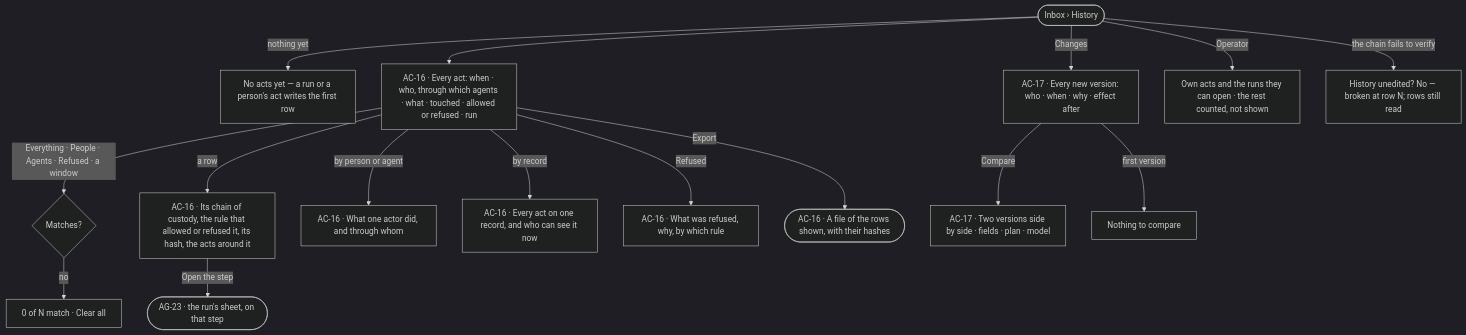
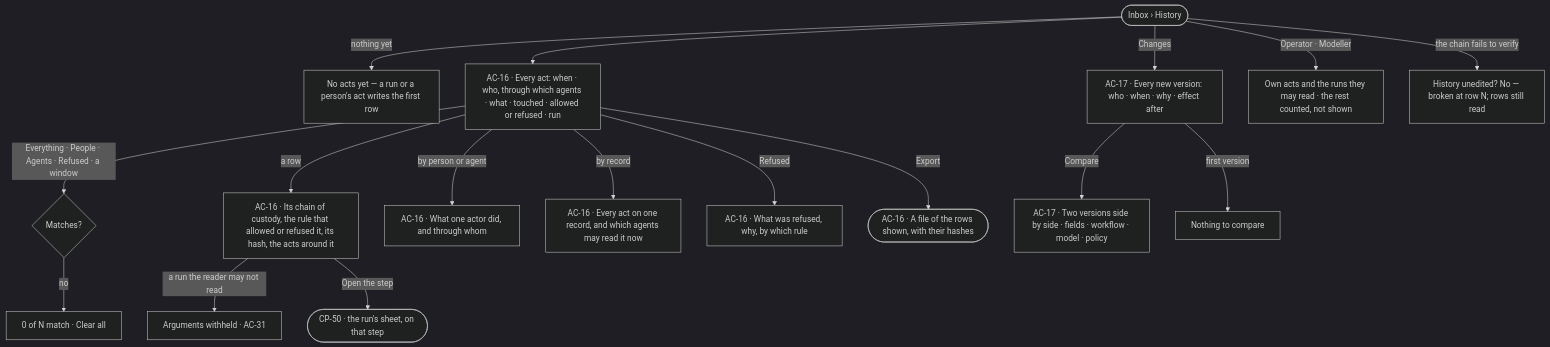
Before and after one commit to invana/invana: the first of 2 diagrams in specs/os/access/features/AC-F06-history/feature.md, drawn with Mermaid (dark theme). The commit also changed other lines of this file and 522 other files, not shown here.

````diff
--- a/specs/os/access/features/AC-F06-history/feature.md
+++ b/specs/os/access/features/AC-F06-history/feature.md
@@ -23,18 +26,19 @@
 ```mermaid
 flowchart TD
   s([Inbox › History]) -->|nothing yet| e["No acts yet — a run or a person's act writes the first row"]
   s --> rows["AC-16 · Every act: when · who, through which agents · what · touched · allowed or refused · run"]
   rows -->|Everything · People · Agents · Refused · a window| f{"Matches?"}
   f -->|no| z["0 of N match · Clear all"]
   rows -->|a row| d["AC-16 · Its chain of custody, the rule that allowed or refused it, its hash, the acts around it"]
-  d -->|Open the step| run(["AG-23 · the run's sheet, on that step"])
+  d -->|a run the reader may not read| wh["Arguments withheld · AC-31"]
+  d -->|Open the step| run(["CP-50 · the run's sheet, on that step"])
   rows -->|by person or agent| ba["AC-16 · What one actor did, and through whom"]
-  rows -->|by record| br["AC-16 · Every act on one record, and who can see it now"]
+  rows -->|by record| br["AC-16 · Every act on one record, and which agents may read it now"]
   rows -->|Refused| rf["AC-16 · What was refused, why, by which rule"]
   rows -->|Export| ex(["AC-16 · A file of the rows shown, with their hashes"])
   s -->|Changes| ch["AC-17 · Every new version: who · when · why · effect after"]
-  ch -->|Compare| cmp["AC-17 · Two versions side by side · fields · plan · model"]
+  ch -->|Compare| cmp["AC-17 · Two versions side by side · fields · workflow · model · policy"]
   ch -->|first version| one["Nothing to compare"]
-  s -->|Operator| op["Own acts and the runs they can open · the rest counted, not shown"]
+  s -->|Operator · Modeller| op["Own acts and the runs they may read · the rest counted, not shown"]
   s -->|the chain fails to verify| bk["History unedited? No — broken at row N; rows still read"]
 ```
````
